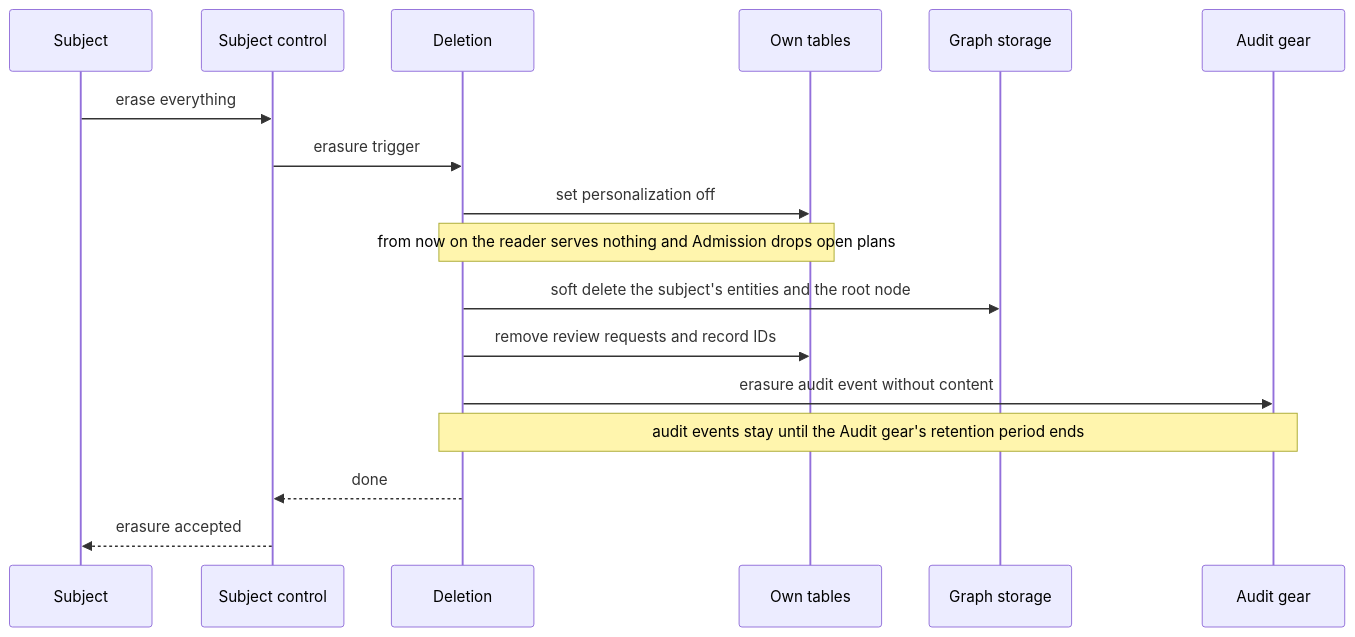
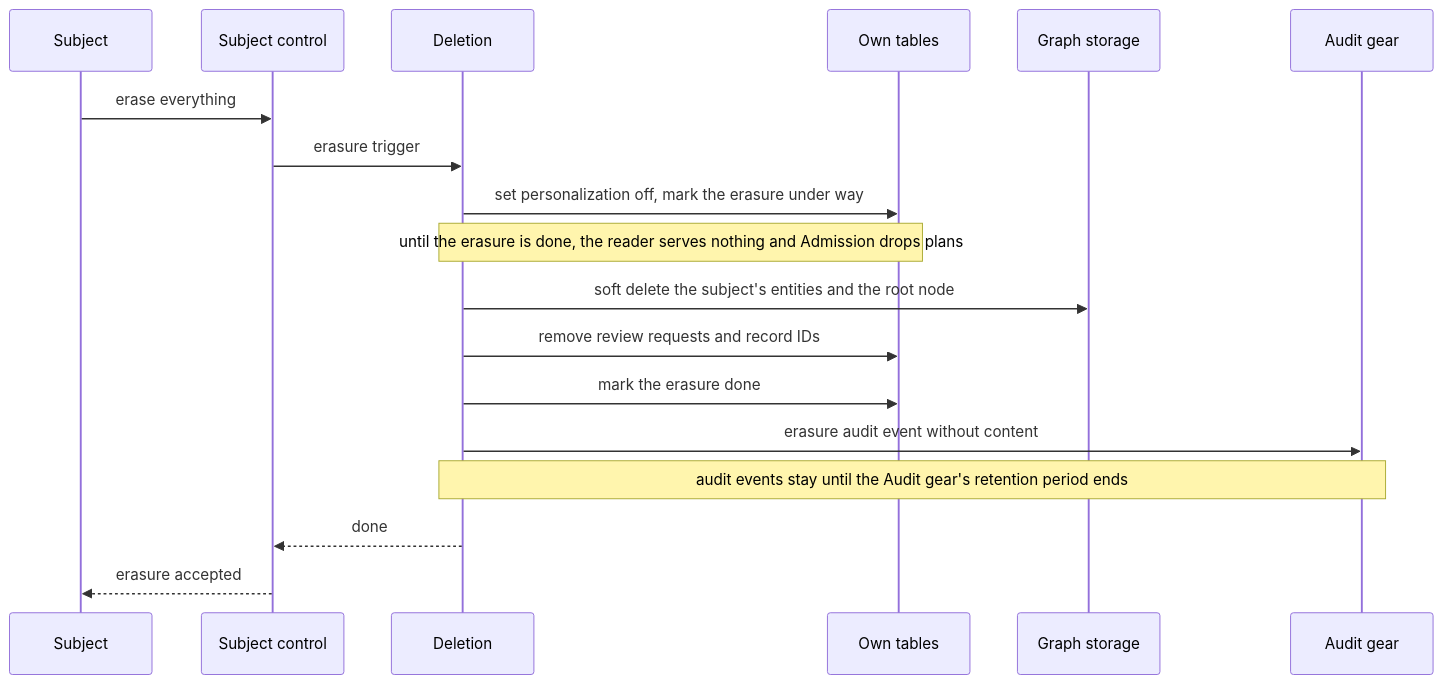
Before and after one commit to AndIConstructor/gears-rust: the eighth of 9 diagrams in gears/construct/docs/DESIGN.md, drawn with Mermaid. The commit also changed other lines of this file, not shown here.

First line of the commit message:
docs(construct): finish an erasure that fails halfway and key every rewrite

````diff
--- a/gears/construct/docs/DESIGN.md
+++ b/gears/construct/docs/DESIGN.md
@@ -929,19 +929,20 @@
 ```mermaid
 sequenceDiagram
     participant SU as Subject
     participant SC as Subject control
     participant DEL as Deletion
     participant T as Own tables
     participant GS as Graph storage
     participant LS as Audit gear
     SU->>SC: erase everything
     SC->>DEL: erasure trigger
-    DEL->>T: set personalization off
-    Note over DEL,T: from now on the reader serves nothing and Admission drops open plans
+    DEL->>T: set personalization off, mark the erasure under way
+    Note over DEL,T: until the erasure is done, the reader serves nothing and Admission drops plans
     DEL->>GS: soft delete the subject's entities and the root node
     DEL->>T: remove review requests and record IDs
+    DEL->>T: mark the erasure done
     DEL->>LS: erasure audit event without content
     Note over DEL,LS: audit events stay until the Audit gear's retention period ends
     DEL-->>SC: done
     SC-->>SU: erasure accepted
 ```
````
